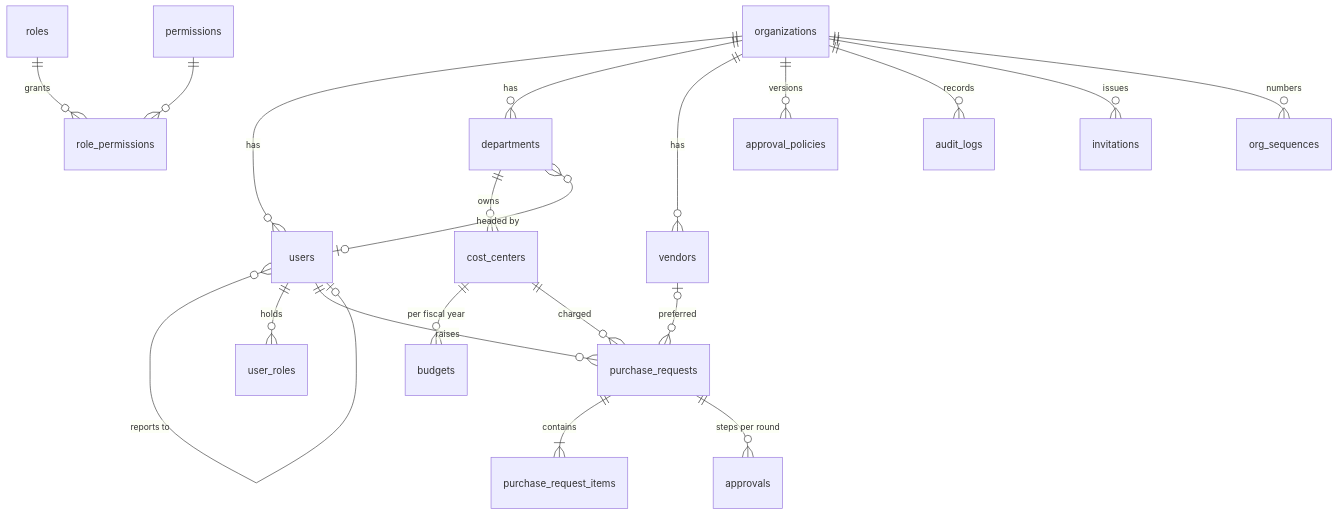
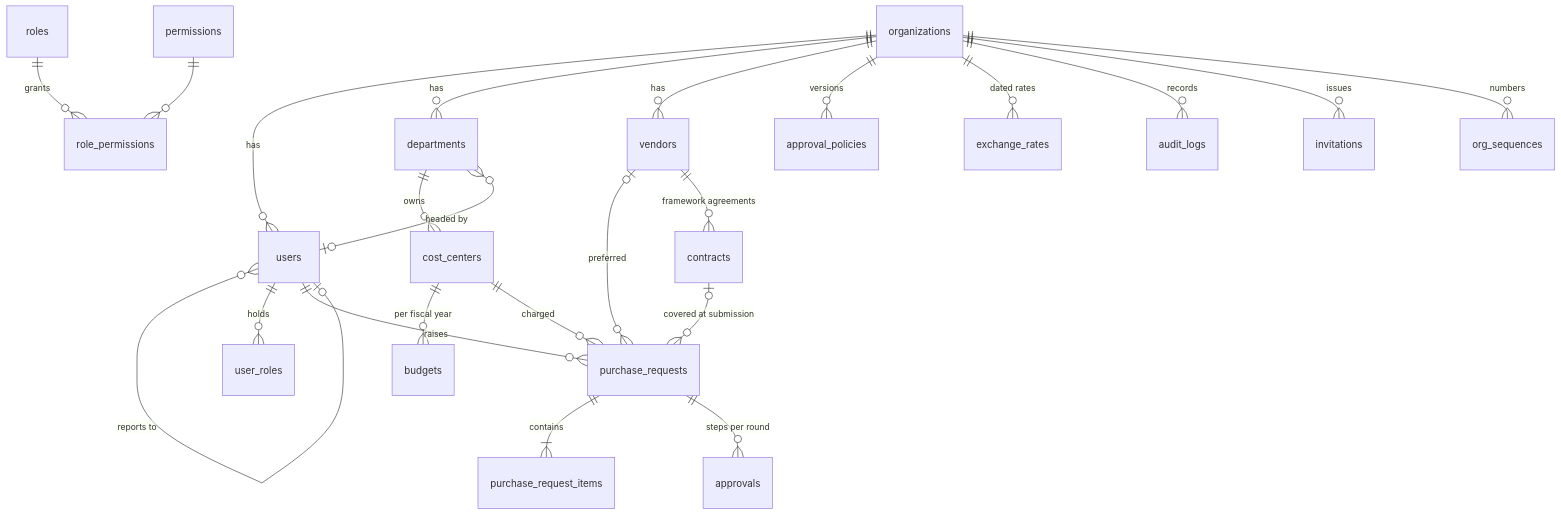
Before and after one commit to Dracula-5/procuraX: the second of 2 diagrams in docs/system_design.md, drawn with Mermaid. The commit also changed other lines of this file and 9 other files, not shown here.

Commit message:
docs: ADR-016/017/018, integration and data architecture, Phase 5 notes and status

````diff
--- a/docs/system_design.md
+++ b/docs/system_design.md
@@ -120,22 +120,25 @@
 ```mermaid
 erDiagram
     organizations ||--o{ users : has
     organizations ||--o{ departments : has
     departments ||--o{ cost_centers : owns
     cost_centers ||--o{ budgets : "per fiscal year"
     users }o--o| users : "reports to"
     departments }o--o| users : "headed by"
     users ||--o{ user_roles : holds
     roles ||--o{ role_permissions : grants
     permissions ||--o{ role_permissions : ""
     organizations ||--o{ vendors : has
     organizations ||--o{ approval_policies : "versions"
     users ||--o{ purchase_requests : raises
     cost_centers ||--o{ purchase_requests : charged
     vendors |o--o{ purchase_requests : preferred
+    vendors ||--o{ contracts : "framework agreements"
+    contracts |o--o{ purchase_requests : "covered at submission"
+    organizations ||--o{ exchange_rates : "dated rates"
     purchase_requests ||--|{ purchase_request_items : contains
     purchase_requests ||--o{ approvals : "steps per round"
     organizations ||--o{ audit_logs : records
     organizations ||--o{ invitations : issues
     organizations ||--o{ org_sequences : numbers
 ```
````
